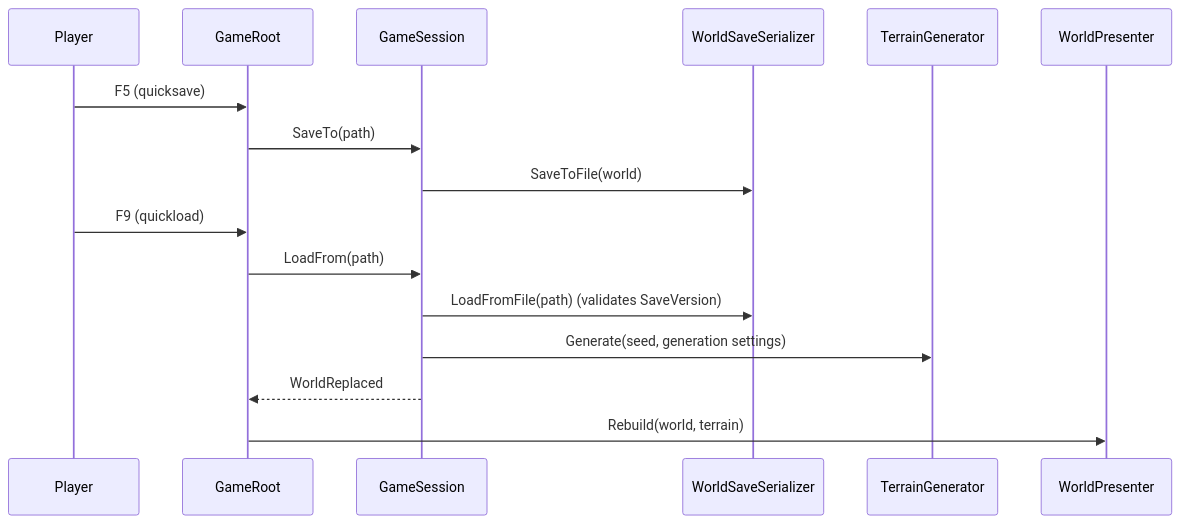
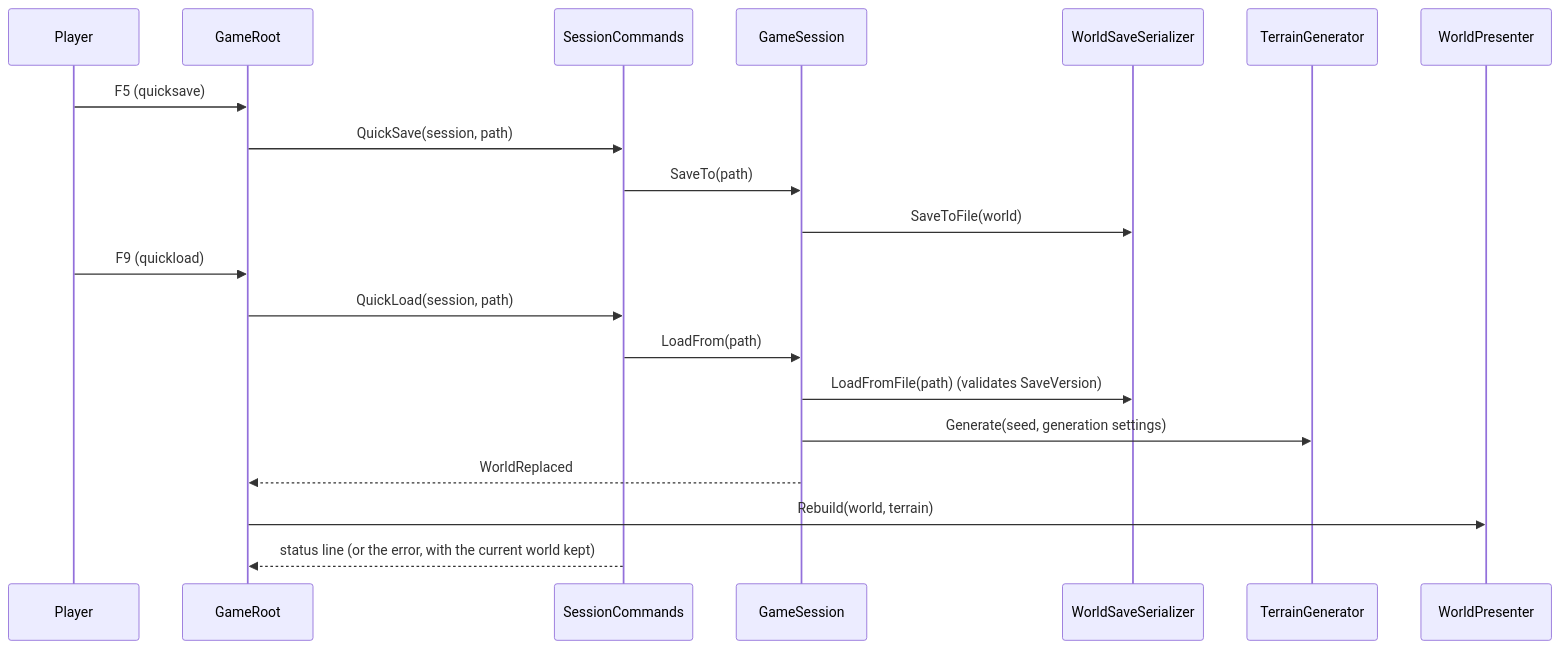
The third of 4 diagrams in docs/ARCHITECTURE.md (roeyazroel/pantheon), drawn with Mermaid before and after one commit. The commit also changed other lines of this file, not shown here.

Commit message:
docs: align architecture diagrams with the code
Split the frame diagram into WorldPresenter and DebugOverlay and route
quicksave/quickload through SessionCommands, as GameRoot does.

````diff
--- a/docs/ARCHITECTURE.md
+++ b/docs/ARCHITECTURE.md
@@ -197,19 +199,23 @@
 ```mermaid
 sequenceDiagram
     participant Player
     participant Root as GameRoot
+    participant Cmd as SessionCommands
     participant Session as GameSession
     participant Save as WorldSaveSerializer
     participant Gen as TerrainGenerator
     participant View as WorldPresenter
 
     Player->>Root: F5 (quicksave)
-    Root->>Session: SaveTo(path)
+    Root->>Cmd: QuickSave(session, path)
+    Cmd->>Session: SaveTo(path)
     Session->>Save: SaveToFile(world)
     Player->>Root: F9 (quickload)
-    Root->>Session: LoadFrom(path)
+    Root->>Cmd: QuickLoad(session, path)
+    Cmd->>Session: LoadFrom(path)
     Session->>Save: LoadFromFile(path) (validates SaveVersion)
     Session->>Gen: Generate(seed, generation settings)
     Session-->>Root: WorldReplaced
     Root->>View: Rebuild(world, terrain)
+    Cmd-->>Root: status line (or the error, with the current world kept)
 ```
````
